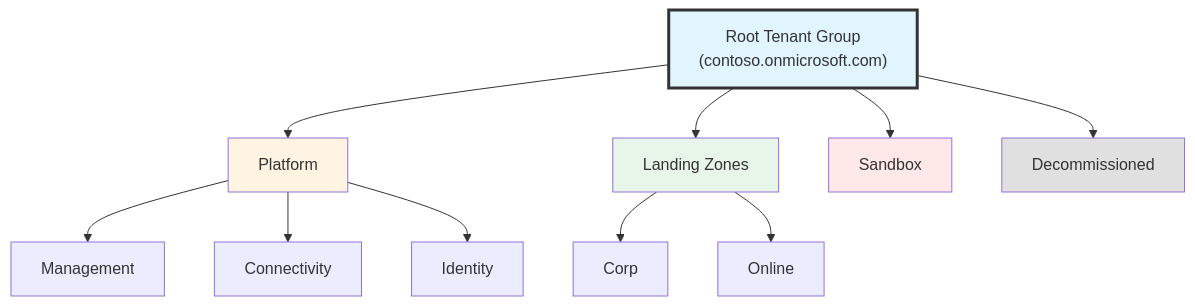
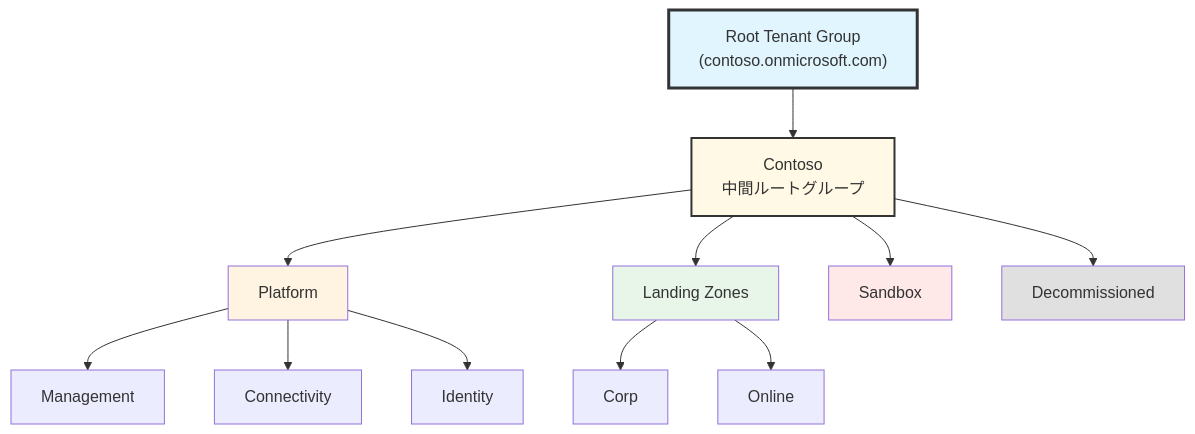
One commit to shuhei0720/azure_caf_handson changed the eighth of 26 diagrams in docs/chapters/chapter03-caf-overview.md. Above: the diagram before and after it, drawn with Mermaid. The commit also changed other lines of this file and 2 other files, not shown here.

Commit message:
修正: Chapter 3/5/7/18/19の全ての管理グループ階層図とテキストに中間ルートグループを追加

````diff
--- a/docs/chapters/chapter03-caf-overview.md
+++ b/docs/chapters/chapter03-caf-overview.md
@@ -260,22 +263,25 @@
 ```mermaid
 graph TB
     Root["Root Tenant Group<br/>(contoso.onmicrosoft.com)"]
 
-    Root --> Platform[Platform]
-    Root --> LandingZones[Landing Zones]
-    Root --> Sandbox[Sandbox]
-    Root --> Decommissioned[Decommissioned]
+    Root --> IntermediateRoot[Contoso<br/>中間ルートグループ]
+
+    IntermediateRoot --> Platform[Platform]
+    IntermediateRoot --> LandingZones[Landing Zones]
+    IntermediateRoot --> Sandbox[Sandbox]
+    IntermediateRoot --> Decommissioned[Decommissioned]
 
     Platform --> PlatformMgmt[Management]
     Platform --> PlatformConn[Connectivity]
     Platform --> PlatformId[Identity]
 
     LandingZones --> LZCorp[Corp]
     LandingZones --> LZOnline[Online]
 
     style Root fill:#e1f5ff,stroke:#333,stroke-width:3px
+    style IntermediateRoot fill:#fff9e6,stroke:#333,stroke-width:2px
     style Platform fill:#fff4e1
     style LandingZones fill:#e8f5e9
     style Sandbox fill:#ffe8e8
     style Decommissioned fill:#e0e0e0
 ```
````
